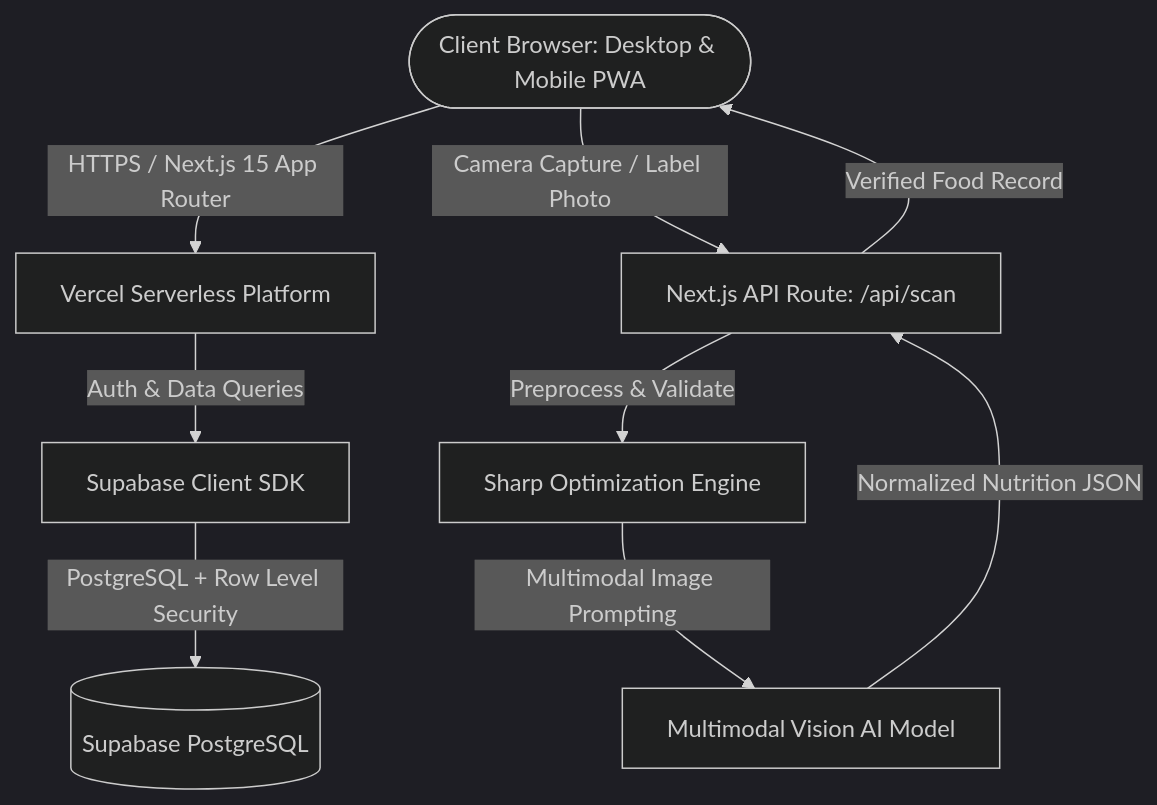
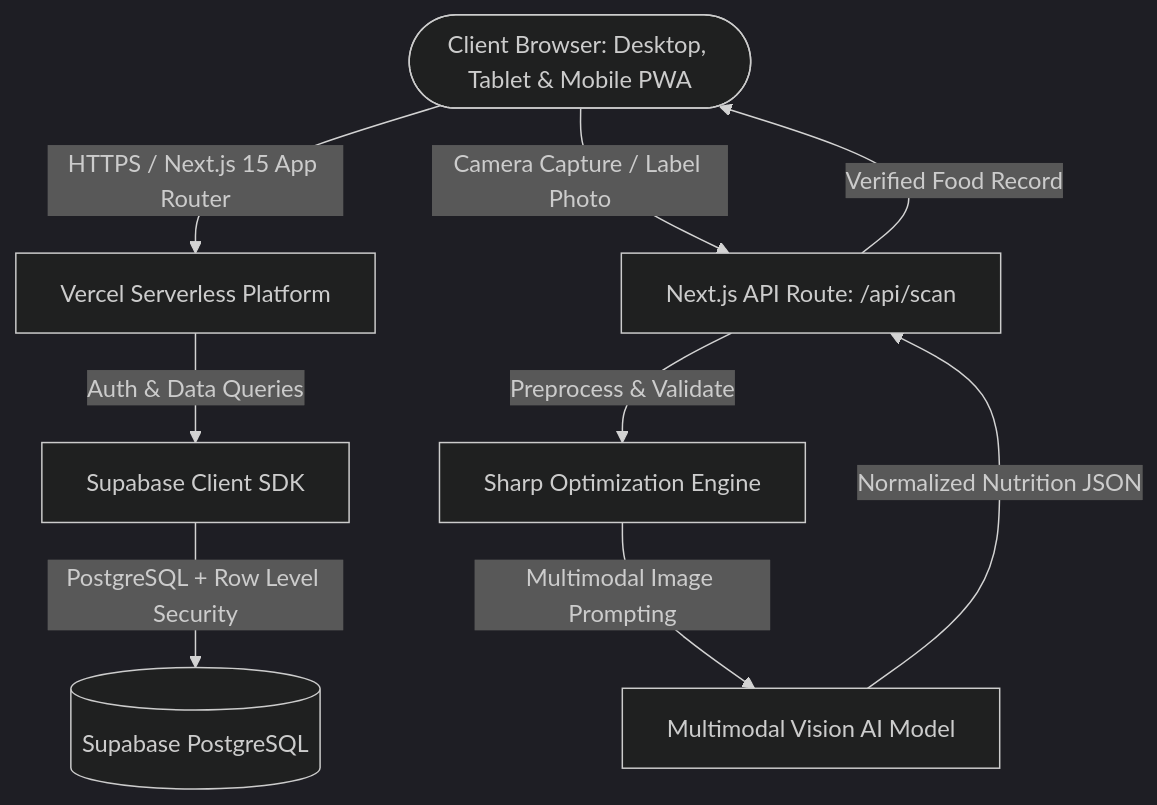
Before and after one commit to Waelkun/ADASA: the diagram in README.md, drawn with Mermaid (dark theme). The commit also changed other lines of this file and 14 other files, not shown here.

````diff
--- a/README.md
+++ b/README.md
@@ -77,11 +78,11 @@
 ```mermaid
 flowchart TD
-    UserClient([Client Browser: Desktop & Mobile PWA]) -->|HTTPS / Next.js 15 App Router| Vercel[Vercel Serverless Platform]
+    UserClient([Client Browser: Desktop, Tablet & Mobile PWA]) -->|HTTPS / Next.js 15 App Router| Vercel[Vercel Serverless Platform]
     Vercel -->|Auth & Data Queries| SupabaseClient[Supabase Client SDK]
     SupabaseClient -->|PostgreSQL + Row Level Security| SupabaseDB[(Supabase PostgreSQL)]
     UserClient -->|Camera Capture / Label Photo| ApiScan[Next.js API Route: /api/scan]
     ApiScan -->|Preprocess & Validate| Sharp[Sharp Optimization Engine]
     Sharp -->|Multimodal Image Prompting| VisionAI[Multimodal Vision AI Model]
     VisionAI -->|Normalized Nutrition JSON| ApiScan
     ApiScan -->|Verified Food Record| UserClient
 ```
````
